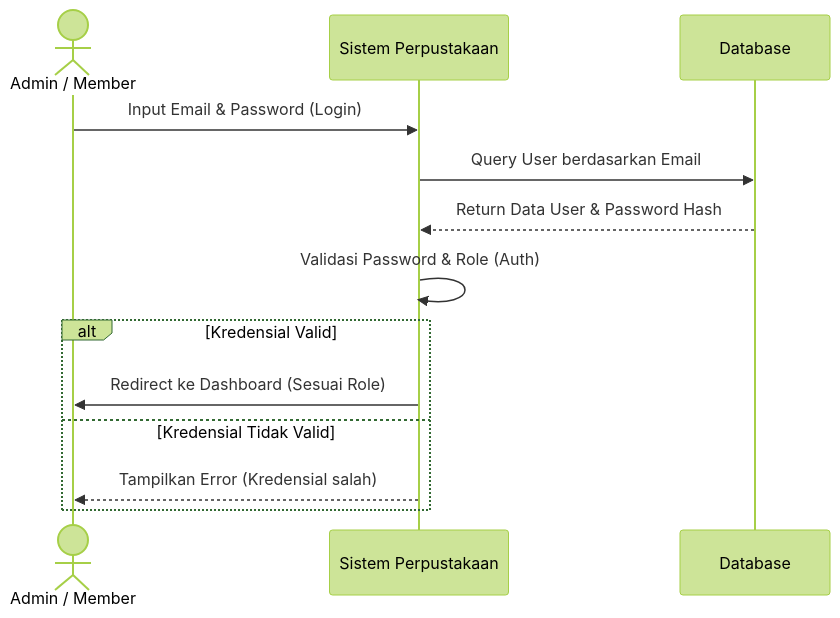
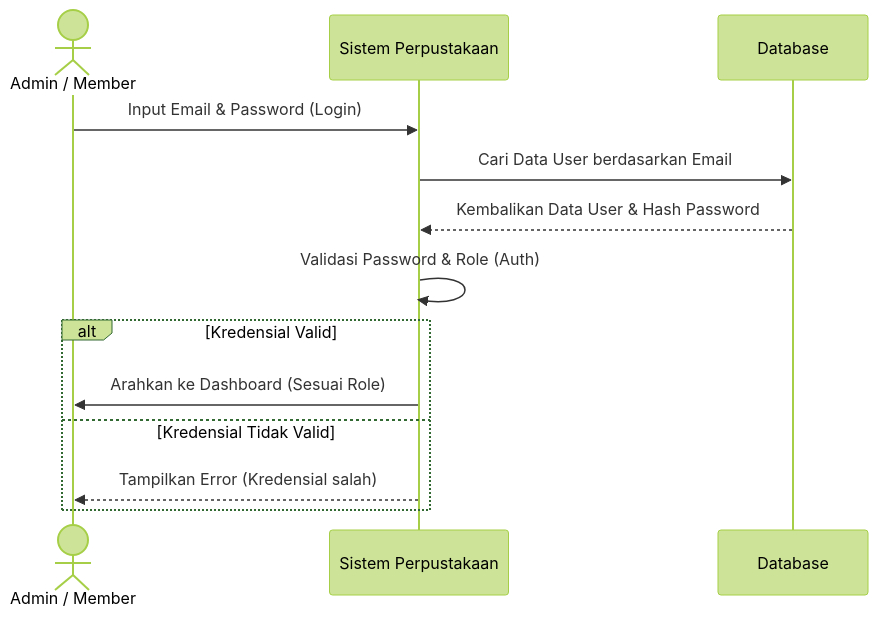
Before and after one commit to 25091397085-stack/rpl-perpustakaan: the second of 9 diagrams in documentation.md, drawn with Mermaid (forest theme). The commit also changed other lines of this file, not shown here.

Commit message:
sequence

````diff
--- a/documentation.md
+++ b/documentation.md
@@ -71,16 +71,16 @@
 ```mermaid
 sequenceDiagram
     actor User as Admin / Member
     participant System as Sistem Perpustakaan
     participant DB as Database
 
     User->>System: Input Email & Password (Login)
-    System->>DB: Query User berdasarkan Email
-    DB-->>System: Return Data User & Password Hash
+    System->>DB: Cari Data User berdasarkan Email
+    DB-->>System: Kembalikan Data User & Hash Password
     System->>System: Validasi Password & Role (Auth)
     alt Kredensial Valid
-        System->>User: Redirect ke Dashboard (Sesuai Role)
+        System->>User: Arahkan ke Dashboard (Sesuai Role)
     else Kredensial Tidak Valid
         System-->>User: Tampilkan Error (Kredensial salah)
     end
 ```
````
